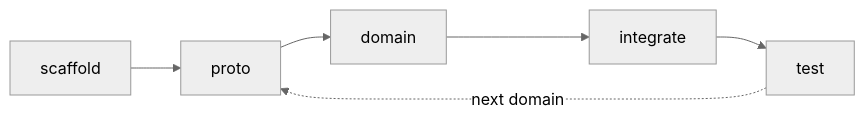
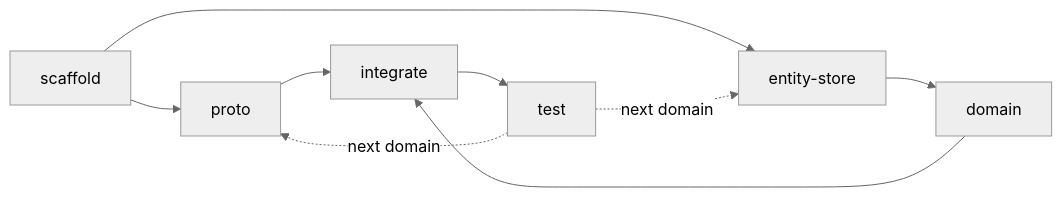
The diagram in README.md (viqueen/claude-go-playground), drawn with Mermaid (neutral theme) before and after one commit. The commit also changed other lines of this file and 7 other files, not shown here.

First line of the commit message:
extract entity-store agent from proto, add soft deletes

````diff
--- a/README.md
+++ b/README.md
@@ -65,8 +67,11 @@
 ```mermaid
 graph LR
     scaffold --> proto
-    proto --> domain
+    scaffold --> entity-store
+    proto --> integrate
+    entity-store --> domain
     domain --> integrate
     integrate --> test
     test -.->|next domain| proto
+    test -.->|next domain| entity-store
 ```
````
